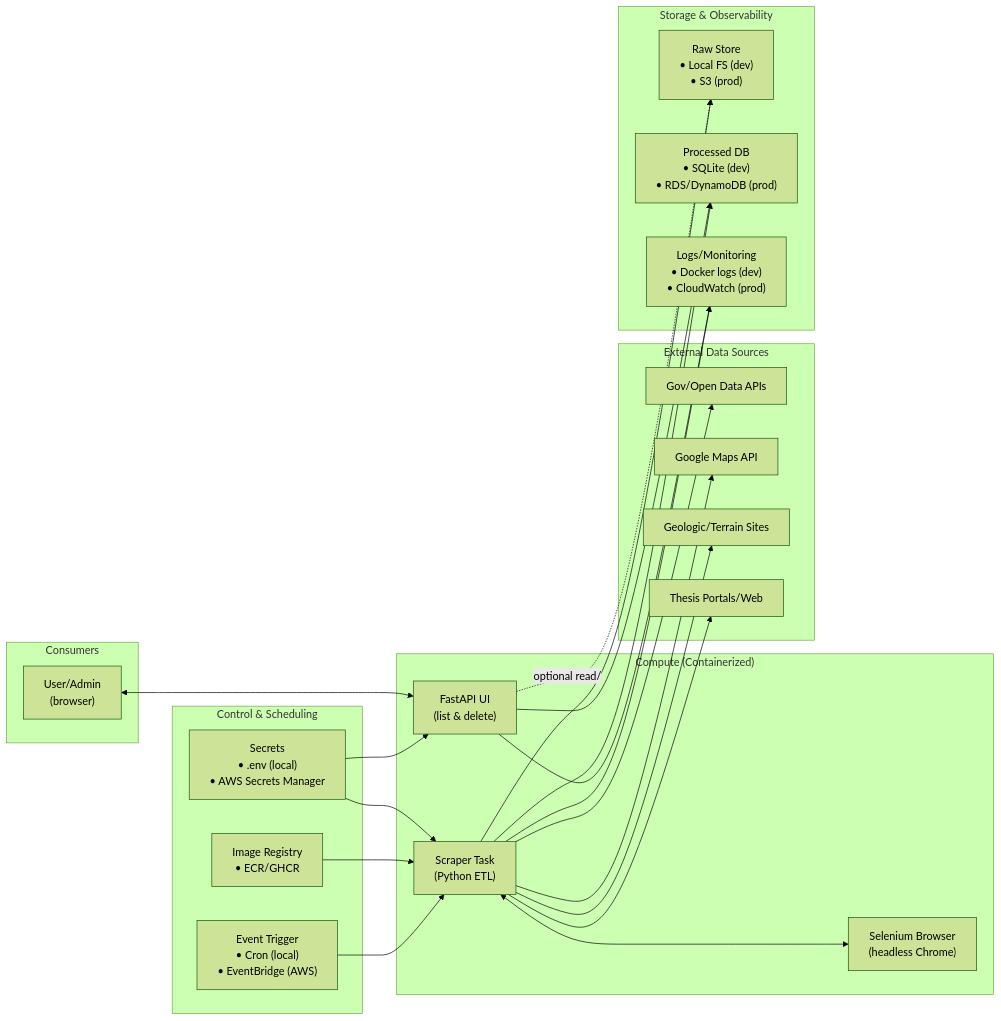
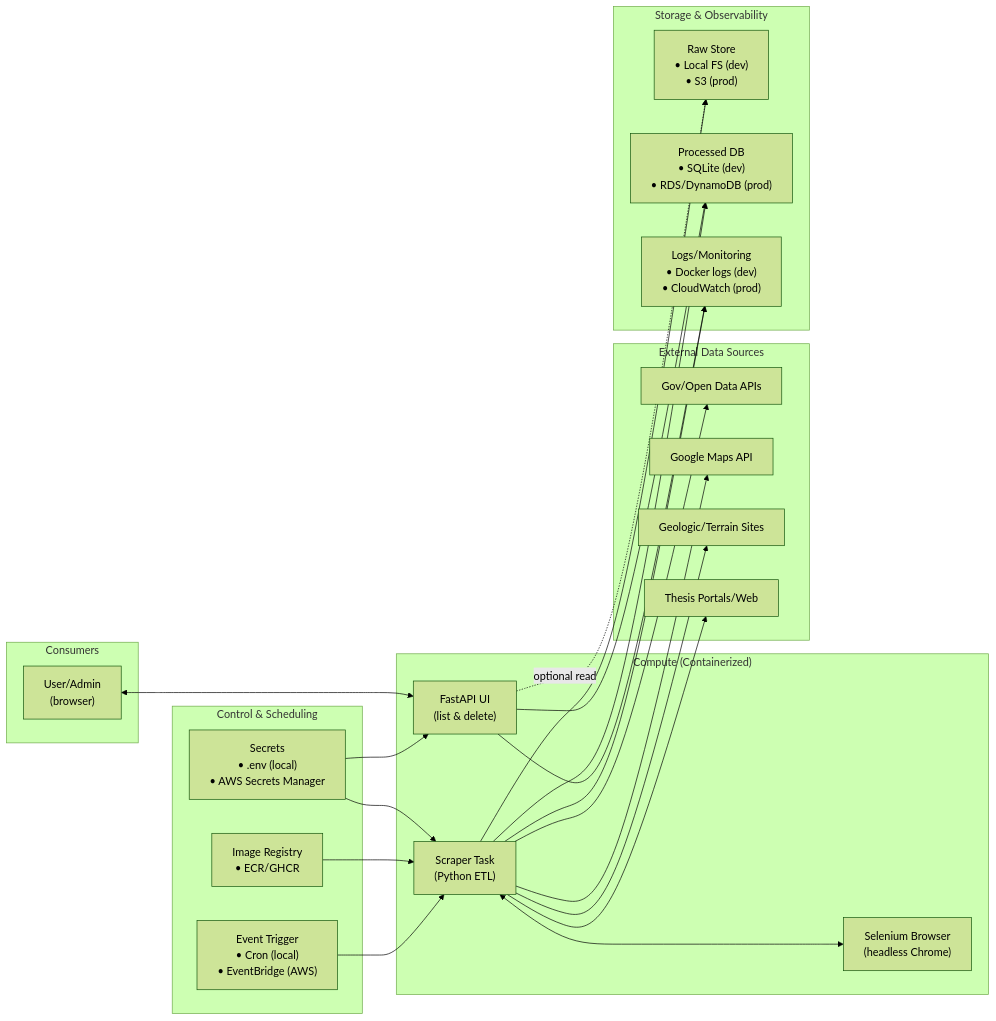
Before and after one commit to joakft/joakft.github.io: the diagram in _posts/2025-08-10-webscrapper_arch.md, drawn with Mermaid (forest theme). The commit also changed 1 other file, not shown here.

Commit message:
mermaid test file add, and correction on scrapper schema

````diff
--- a/_posts/2025-08-10-webscrapper_arch.md
+++ b/_posts/2025-08-10-webscrapper_arch.md
@@ -3,52 +3,58 @@
-<pre class="mermaid">
+```mermaid
 flowchart LR
 
+  %% Control Plane
   subgraph Control["Control & Scheduling"]
-    EV["Event Trigger<br>• Cron (local)<br>• EventBridge (AWS)"]
-    CI["Image Registry<br>• ECR/GHCR"]
-    SM["Secrets<br>• .env (local)<br>• AWS Secrets Manager"]
+    EV["Event Trigger\n• Cron (local)\n• EventBridge (AWS)"]
+    CI["Image Registry\n• ECR/GHCR"]
+    SM["Secrets\n• .env (local)\n• AWS Secrets Manager"]
   end
 
+  %% Compute Plane
   subgraph Compute["Compute (Containerized)"]
-    ST["Scraper Task<br>(Python ETL)"]
-    SEL["Selenium Browser<br>(headless Chrome)"]
-    API["FastAPI UI<br>(list & delete)"]
+    ST["Scraper Task\n(Python ETL)"]
+    SEL["Selenium Browser\n(headless Chrome)"]
+    API["FastAPI UI\n(list & delete)"]
   end
 
+  %% External Sources
   subgraph Sources["External Data Sources"]
     GOV["Gov/Open Data APIs"]
     MAPS["Google Maps API"]
     GEO["Geologic/Terrain Sites"]
     THESIS["Thesis Portals/Web"]
   end
 
+  %% Storage & Observability
   subgraph Storage["Storage & Observability"]
-    S3["Raw Store<br>• Local FS (dev)<br>• S3 (prod)"]
-    DB["Processed DB<br>• SQLite (dev)<br>• RDS/DynamoDB (prod)"]
-    LOGS["Logs/Monitoring<br>• Docker logs (dev)<br>• CloudWatch (prod)"]
+    S3["Raw Store\n• Local FS (dev)\n• S3 (prod)"]
+    DB["Processed DB\n• SQLite (dev)\n• RDS/DynamoDB (prod)"]
+    LOGS["Logs/Monitoring\n• Docker logs (dev)\n• CloudWatch (prod)"]
   end
 
+  %% Users
   subgraph Consumers["Consumers"]
-    USER["User/Admin<br>(browser)"]
+    USER["User/Admin\n(browser)"]
   end
 
+  %% Flows
   EV --> ST
   CI --> ST
   SM --> ST
   SM --> API
 
   ST <---> SEL
   ST --> GOV
   ST --> MAPS
   ST --> GEO
   ST --> THESIS
 
   ST --> S3
   ST --> DB
   ST --> LOGS
 
   API --> DB
-  API -.optional read/.-> S3
+  API -.->|optional read| S3
   API --> LOGS
   USER <---> API
-</pre>
+```
````
